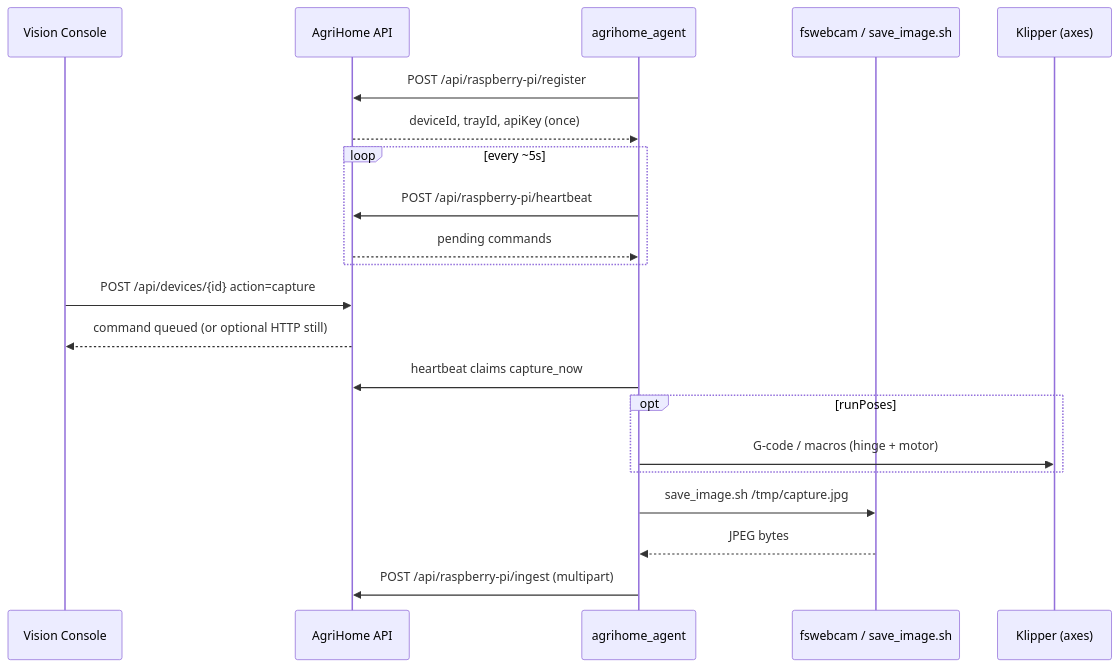
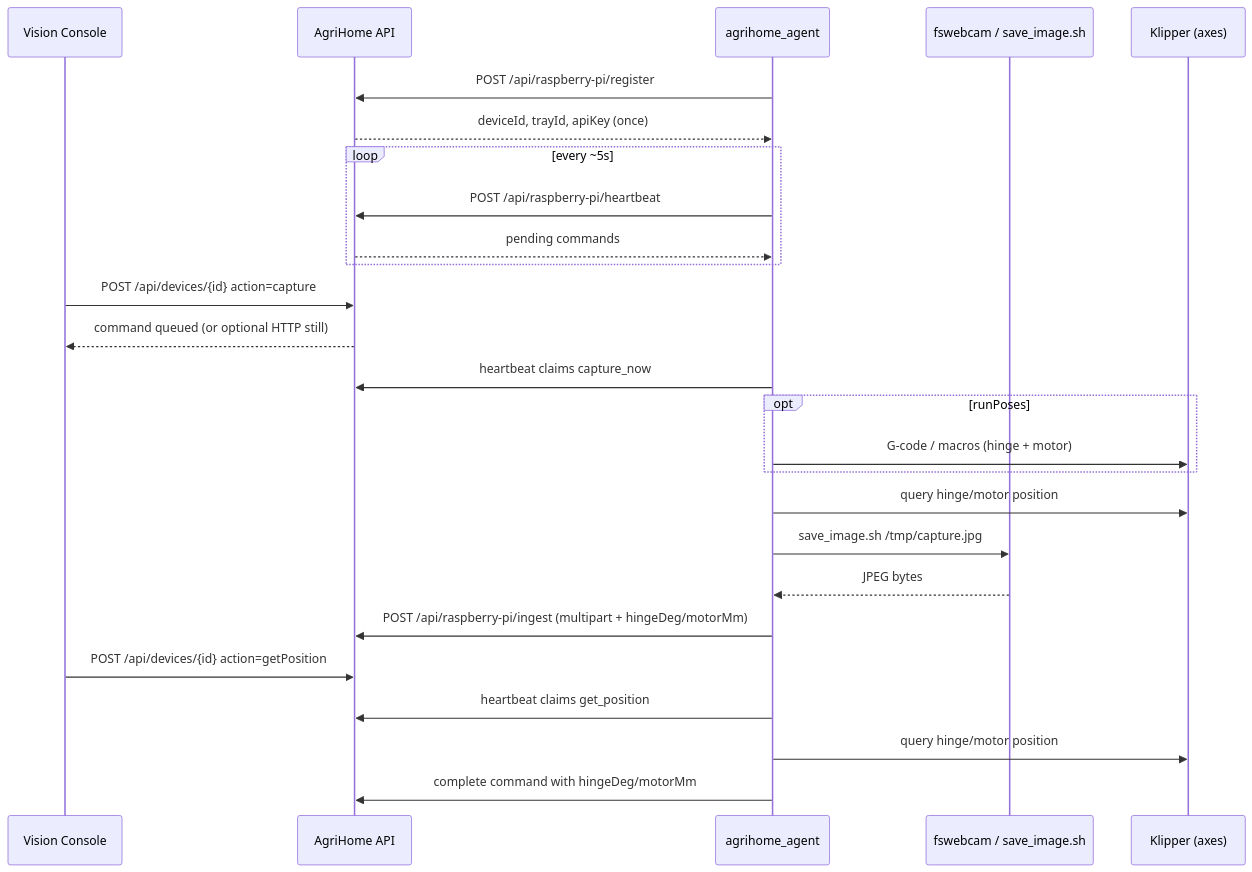
The diagram in docs/ops/RASPBERRY_PI_KLIPPER.md (Agri-Home/agrihome), drawn with Mermaid before and after one commit. The commit also changed other lines of this file and 8 other files, not shown here.

Commit message:
Associate capture hinge/motor with plant poses; add Get position UI.

````diff
--- a/docs/ops/RASPBERRY_PI_KLIPPER.md
+++ b/docs/ops/RASPBERRY_PI_KLIPPER.md
@@ -29,24 +34,29 @@
 ```mermaid
 sequenceDiagram
   participant UI as Vision Console
   participant AH as AgriHome API
   participant Agent as agrihome_agent
   participant Cam as fswebcam / save_image.sh
   participant K as Klipper (axes)
 
   Agent->>AH: POST /api/raspberry-pi/register
   AH-->>Agent: deviceId, trayId, apiKey (once)
   loop every ~5s
     Agent->>AH: POST /api/raspberry-pi/heartbeat
     AH-->>Agent: pending commands
   end
   UI->>AH: POST /api/devices/{id} action=capture
   AH-->>UI: command queued (or optional HTTP still)
   Agent->>AH: heartbeat claims capture_now
   opt runPoses
     Agent->>K: G-code / macros (hinge + motor)
   end
+  Agent->>K: query hinge/motor position
   Agent->>Cam: save_image.sh /tmp/capture.jpg
   Cam-->>Agent: JPEG bytes
-  Agent->>AH: POST /api/raspberry-pi/ingest (multipart)
+  Agent->>AH: POST /api/raspberry-pi/ingest (multipart + hingeDeg/motorMm)
+  UI->>AH: POST /api/devices/{id} action=getPosition
+  Agent->>AH: heartbeat claims get_position
+  Agent->>K: query hinge/motor position
+  Agent->>AH: complete command with hingeDeg/motorMm
 ```
````
